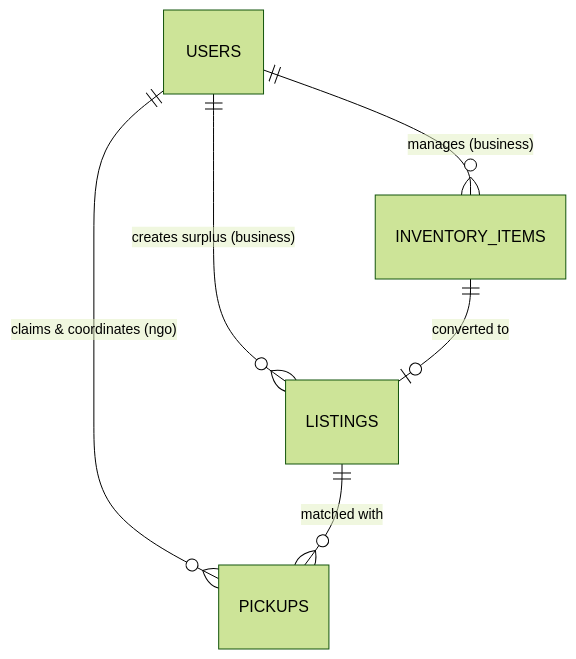
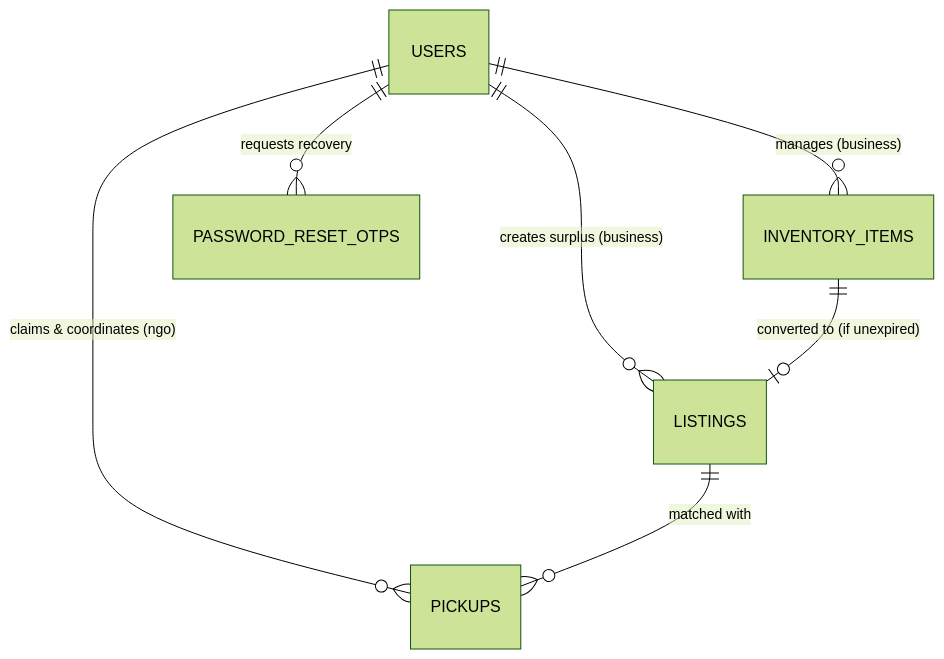
Before and after one commit to preygoti/foodwaste-platform: the second of 2 diagrams in README.md, drawn with Mermaid (forest theme). The commit also changed other lines of this file, not shown here.

Commit message:
Update README with live countdowns, Expired Items quarantine, Resend OTP recovery, and food rescue dashboard

````diff
--- a/README.md
+++ b/README.md
@@ -123,8 +130,9 @@
 ```mermaid
 erDiagram
     USERS ||--o{ INVENTORY_ITEMS : "manages (business)"
     USERS ||--o{ LISTINGS : "creates surplus (business)"
     USERS ||--o{ PICKUPS : "claims & coordinates (ngo)"
-    INVENTORY_ITEMS ||--o| LISTINGS : "converted to"
+    USERS ||--o{ PASSWORD_RESET_OTPS : "requests recovery"
+    INVENTORY_ITEMS ||--o| LISTINGS : "converted to (if unexpired)"
     LISTINGS ||--o{ PICKUPS : "matched with"
 ```
````
